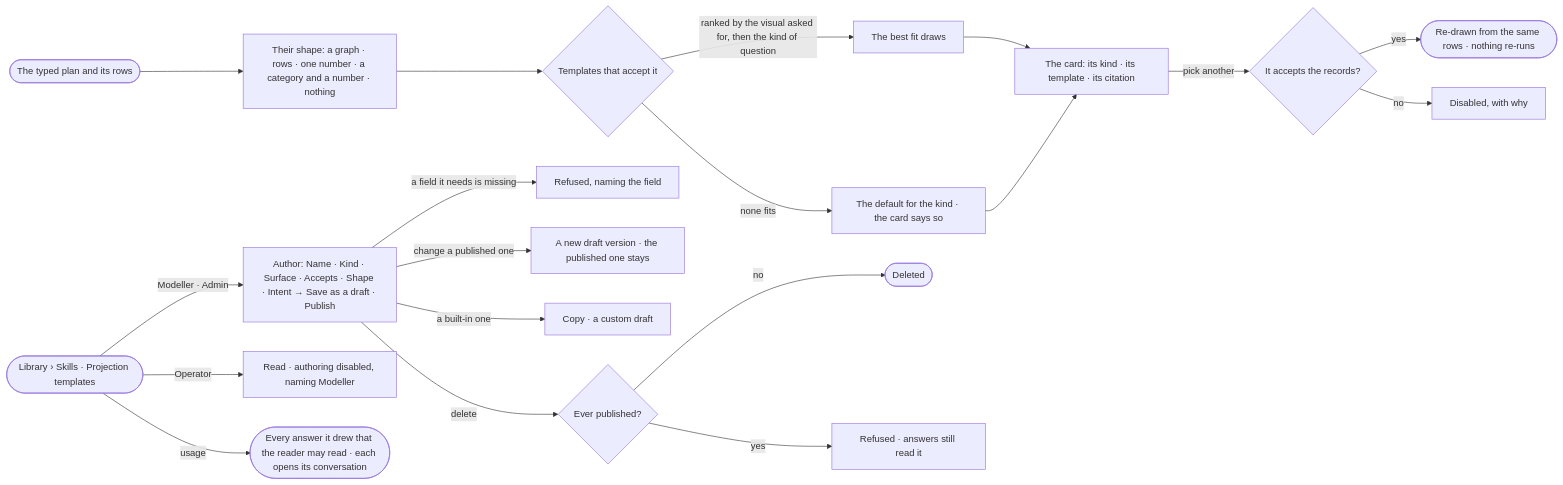
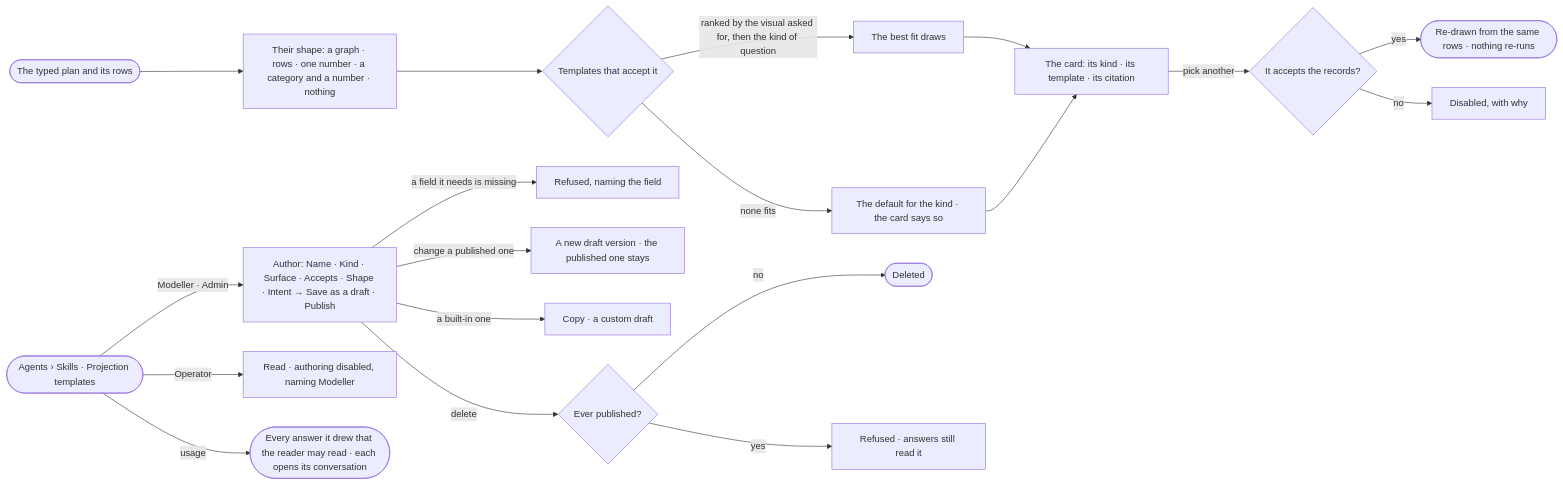
Before and after one commit to invana/invana: the diagram in specs/capabilities/explore/features/EX-F04-the-answer/stories/EX-03-the-answer-in-the-shape-that-fits/story.md, drawn with Mermaid. The commit also changed other lines of this file and 106 other files, not shown here.

````diff
--- a/specs/capabilities/explore/features/EX-F04-the-answer/stories/EX-03-the-answer-in-the-shape-that-fits/story.md
+++ b/specs/capabilities/explore/features/EX-F04-the-answer/stories/EX-03-the-answer-in-the-shape-that-fits/story.md
@@ -27,21 +27,21 @@
 ```mermaid
 flowchart LR
   r([The typed plan and its rows]) --> s["Their shape: a graph · rows · one number · a category and a number · nothing"]
   s --> t{Templates that accept it}
   t -->|ranked by the visual asked for, then the kind of question| pick["The best fit draws"]
   t -->|none fits| def["The default for the kind · the card says so"]
   pick --> card["The card: its kind · its template · its citation"]
   def --> card
   card -->|pick another| sw{It accepts the records?}
   sw -->|yes| re(["Re-drawn from the same rows · nothing re-runs"])
   sw -->|no| dis["Disabled, with why"]
-  tl([Library › Skills · Projection templates]) -->|Modeller · Admin| au["Author: Name · Kind · Surface · Accepts · Shape · Intent → Save as a draft · Publish"]
+  tl([Agents › Skills · Projection templates]) -->|Modeller · Admin| au["Author: Name · Kind · Surface · Accepts · Shape · Intent → Save as a draft · Publish"]
   tl -->|Operator| ro["Read · authoring disabled, naming Modeller"]
   tl -->|usage| us(["Every answer it drew that the reader may read · each opens its conversation"])
   au -->|a field it needs is missing| ref["Refused, naming the field"]
   au -->|change a published one| nv["A new draft version · the published one stays"]
   au -->|a built-in one| cp["Copy · a custom draft"]
   au -->|delete| dd{Ever published?}
   dd -->|no| gone(["Deleted"])
   dd -->|yes| keep["Refused · answers still read it"]
 ```
````
